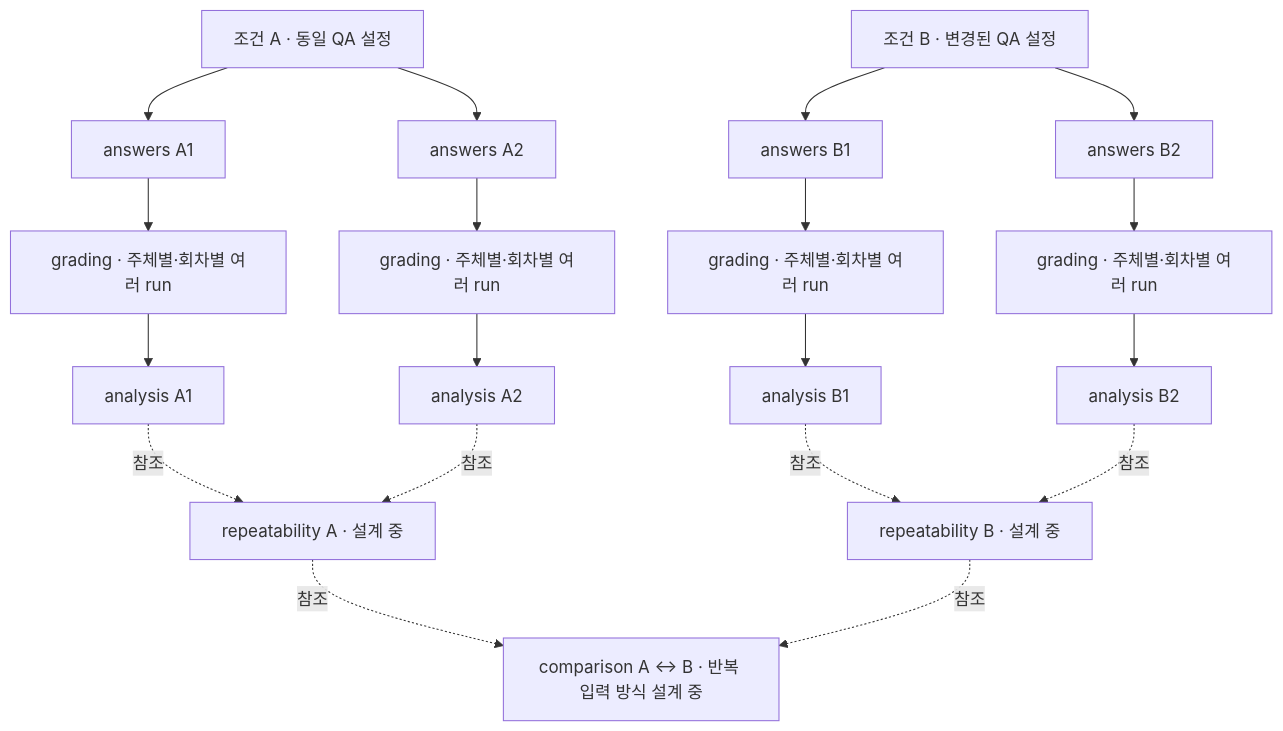
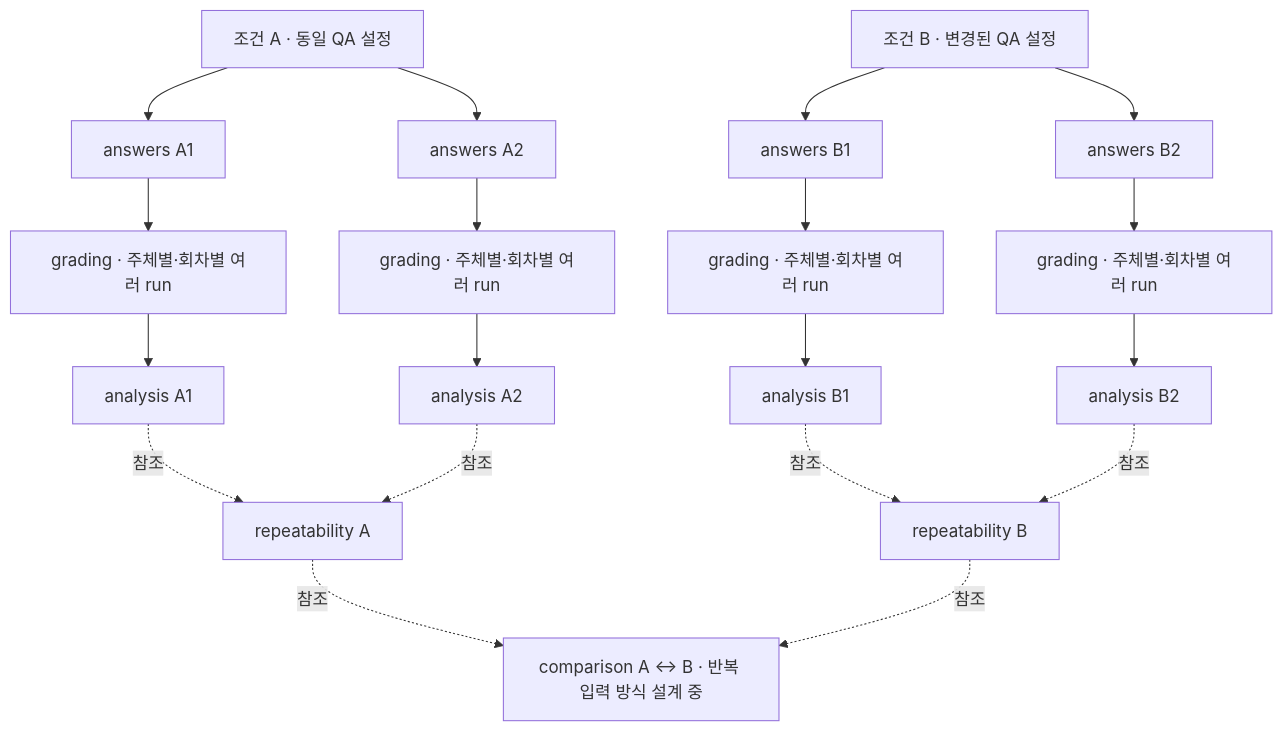
One commit to Ootzk/elice-techblog-RAG changed the diagram in docs/evaluation-schema.md. Above: the diagram before and after it, drawn with Mermaid. The commit also changed other lines of this file and 14 other files, not shown here.

````diff
--- a/docs/evaluation-schema.md
+++ b/docs/evaluation-schema.md
@@ -16,21 +16,21 @@
 ```mermaid
 flowchart TD
     CA["조건 A · 동일 QA 설정"] --> A1["answers A1"]
     CA --> A2["answers A2"]
     CB["조건 B · 변경된 QA 설정"] --> B1["answers B1"]
     CB --> B2["answers B2"]
     A1 --> GA1["grading · 주체별·회차별 여러 run"]
     A2 --> GA2["grading · 주체별·회차별 여러 run"]
     B1 --> GB1["grading · 주체별·회차별 여러 run"]
     B2 --> GB2["grading · 주체별·회차별 여러 run"]
     GA1 --> IA1["analysis A1"]
     GA2 --> IA2["analysis A2"]
     GB1 --> IB1["analysis B1"]
     GB2 --> IB2["analysis B2"]
-    IA1 -. 참조 .-> RA["repeatability A · 설계 중"]
+    IA1 -. 참조 .-> RA["repeatability A"]
     IA2 -. 참조 .-> RA
-    IB1 -. 참조 .-> RB["repeatability B · 설계 중"]
+    IB1 -. 참조 .-> RB["repeatability B"]
     IB2 -. 참조 .-> RB
     RA -. 참조 .-> CMP["comparison A ↔ B · 반복 입력 방식 설계 중"]
     RB -. 참조 .-> CMP
 ```
````
